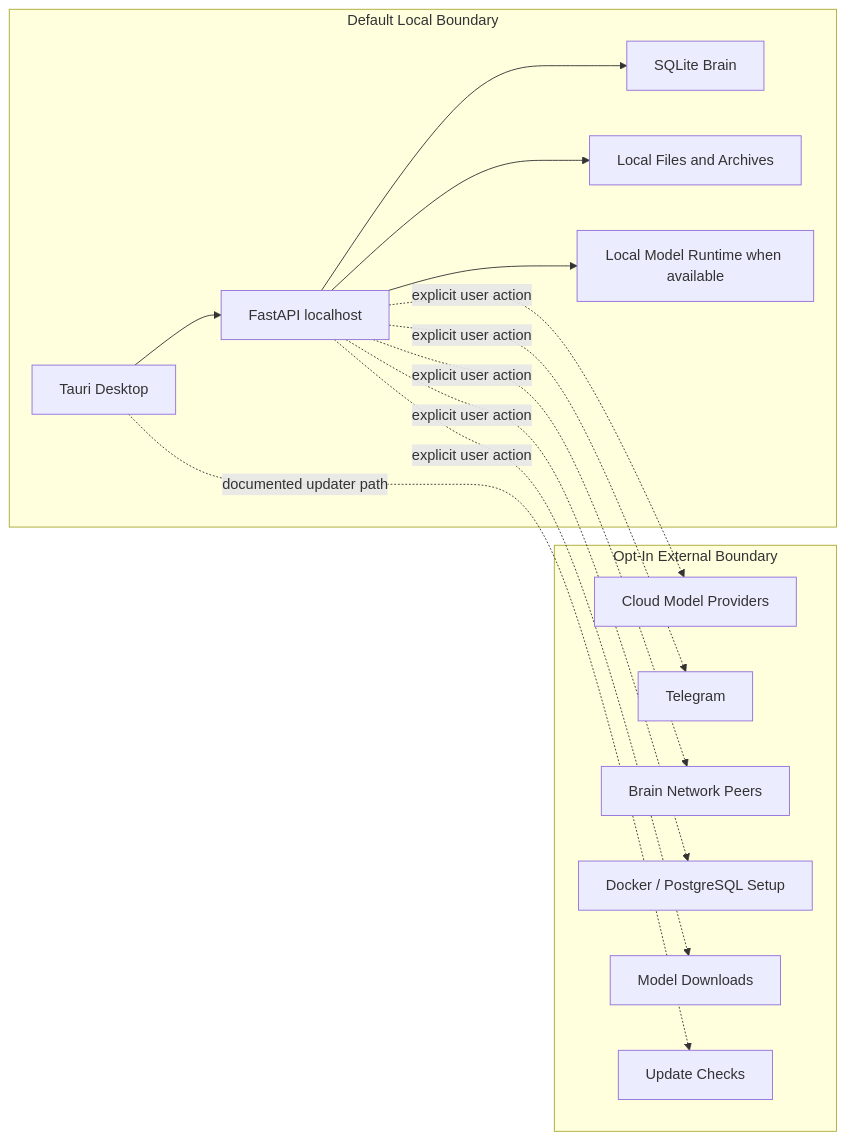
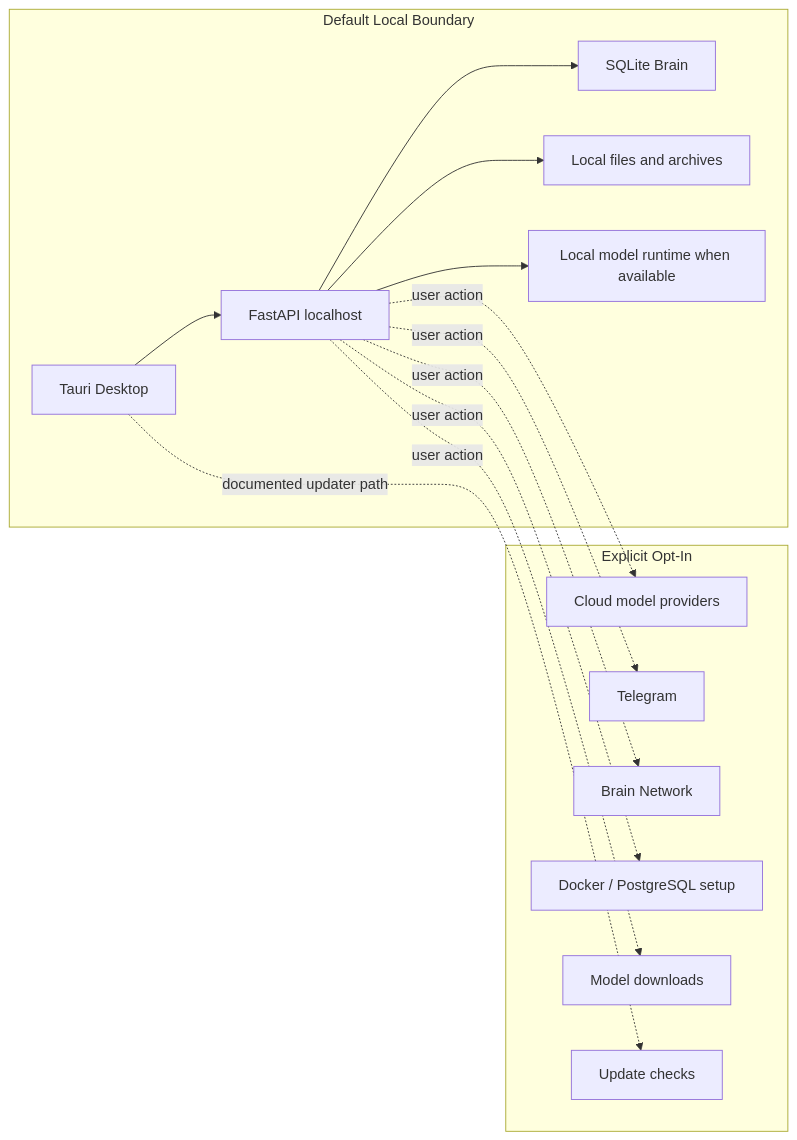
One commit to TaeSooPark-PTS/LatticeAI changed the ninth of 10 diagrams in ARCHITECTURE.md. Above: the diagram before and after it, drawn with Mermaid. The commit also changed other lines of this file and 41 other files, not shown here.

````diff
--- a/ARCHITECTURE.md
+++ b/ARCHITECTURE.md
@@ -300,30 +209,30 @@
 ```mermaid
 flowchart LR
   subgraph Local["Default Local Boundary"]
     Desktop["Tauri Desktop"]
     API["FastAPI localhost"]
     SQLite["SQLite Brain"]
-    Files["Local Files and Archives"]
-    LocalModels["Local Model Runtime when available"]
+    Files["Local files and archives"]
+    LocalModels["Local model runtime when available"]
   end
 
-  subgraph External["Opt-In External Boundary"]
-    CloudModels["Cloud Model Providers"]
+  subgraph External["Explicit Opt-In"]
+    CloudModels["Cloud model providers"]
     Telegram["Telegram"]
-    BrainNetwork["Brain Network Peers"]
-    Docker["Docker / PostgreSQL Setup"]
-    Downloads["Model Downloads"]
-    Updates["Update Checks"]
+    BrainNetwork["Brain Network"]
+    Docker["Docker / PostgreSQL setup"]
+    Downloads["Model downloads"]
+    Updates["Update checks"]
   end
 
   Desktop --> API
   API --> SQLite
   API --> Files
   API --> LocalModels
-  API -. explicit user action .-> CloudModels
-  API -. explicit user action .-> Telegram
-  API -. explicit user action .-> BrainNetwork
-  API -. explicit user action .-> Docker
-  API -. explicit user action .-> Downloads
+  API -. user action .-> CloudModels
+  API -. user action .-> Telegram
+  API -. user action .-> BrainNetwork
+  API -. user action .-> Docker
+  API -. user action .-> Downloads
   Desktop -. documented updater path .-> Updates
 ```
````
